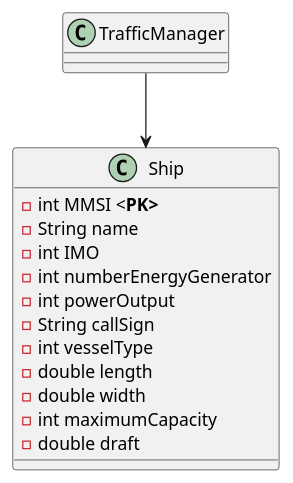
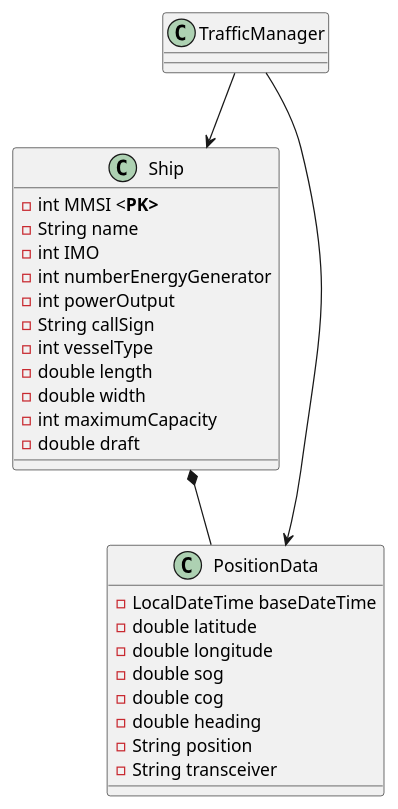
The diagram in Docs/Sprint1/US101/CD.puml (LourencoMelo/ISEP-LAPR3-ESINF), drawn with PlantUML before and after one commit. The commit also changed 2 other files, not shown here.

```diff
--- a/Docs/Sprint1/US101/CD.puml
+++ b/Docs/Sprint1/US101/CD.puml
@@ -1,23 +1,36 @@
 @startuml
 
 class Ship {
 
     -int MMSI <<b>PK>
     -String name
     -int IMO
     -int numberEnergyGenerator
     -int powerOutput
     -String callSign
     -int vesselType
     -double length
     -double width
     -int maximumCapacity
     -double draft
 }
 
+class PositionData{
+    -LocalDateTime baseDateTime
+    -double latitude
+    -double longitude
+    -double sog
+    -double cog
+    -double heading
+    -String position
+    -String transceiver
+}
+
 class TrafficManager{
 }
 
 TrafficManager --> Ship
+TrafficManager --> PositionData
+Ship *-- PositionData
 
 @enduml
```
